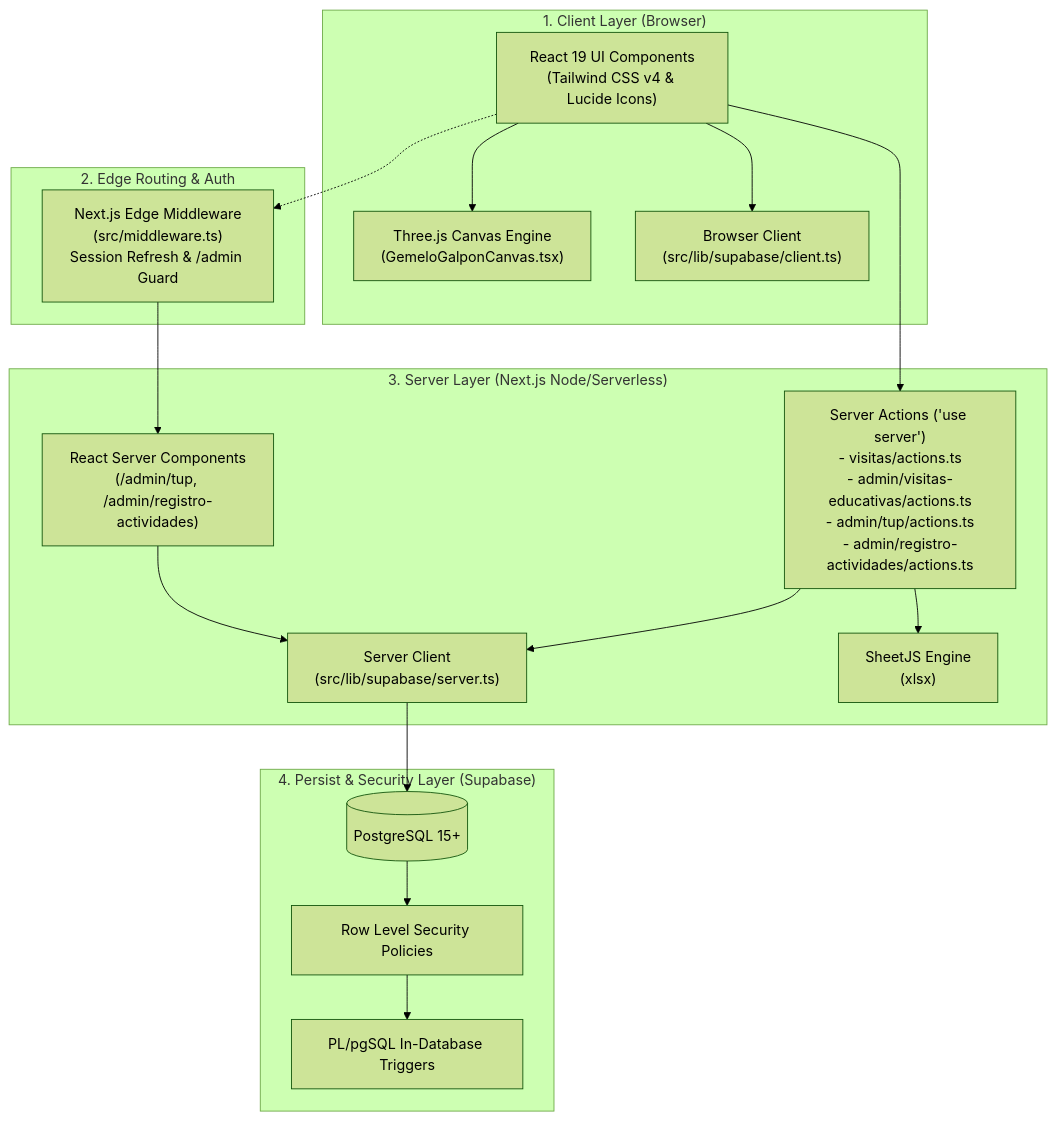
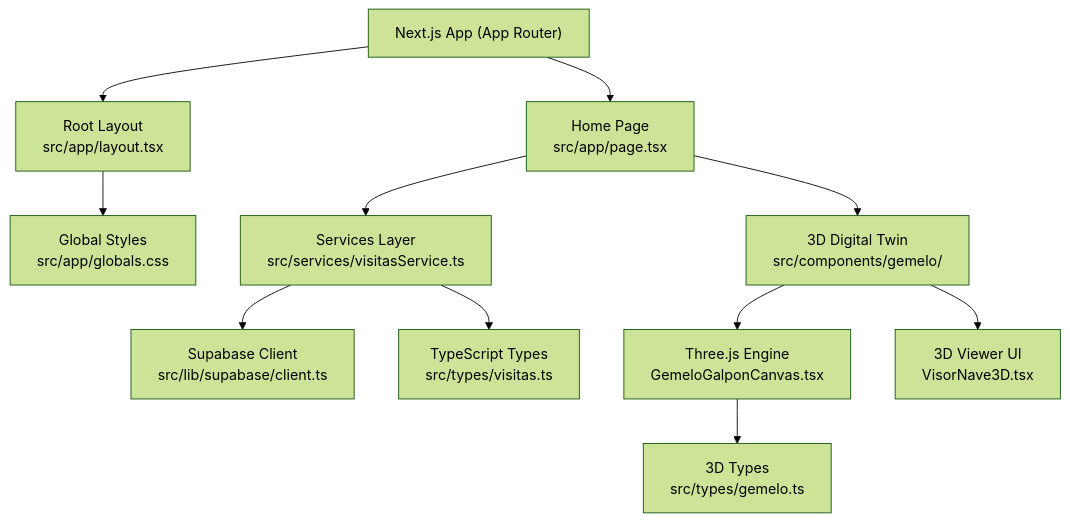
Before and after one commit to AgusCatra/simu-twin-web: the first of 8 diagrams in .qoder/repowiki/en/content/Architecture & Technology Stack.md, drawn with Mermaid (forest theme). The commit also changed other lines of this file and 27 other files, not shown here.

````diff
--- a/.qoder/repowiki/en/content/Architecture & Technology Stack.md
+++ b/.qoder/repowiki/en/content/Architecture & Technology Stack.md
@@ -45,37 +61,13 @@
 ```mermaid
 graph TB
-    subgraph ClientLayer["1. Client Layer (Browser)"]
-        UI["React 19 UI Components<br/>(Tailwind CSS v4 & Lucide Icons)"]
-        Canvas3D["Three.js Canvas Engine<br/>(GemeloGalponCanvas.tsx)"]
-        BrowserSupabase["Browser Client<br/>(src/lib/supabase/client.ts)"]
-    end
-
-    subgraph EdgeLayer["2. Edge Routing & Auth"]
-        EdgeMiddleware["Next.js Edge Middleware<br/>(src/middleware.ts)<br/>Session Refresh & /admin Guard"]
-    end
-
-    subgraph ServerLayer["3. Server Layer (Next.js Node/Serverless)"]
-        RSC["React Server Components<br/>(/admin/tup, /admin/registro-actividades)"]
-        ServerActions["Server Actions ('use server')<br/>- visitas/actions.ts<br/>- admin/visitas-educativas/actions.ts<br/>- admin/tup/actions.ts<br/>- admin/registro-actividades/actions.ts"]
-        ServerSupabase["Server Client<br/>(src/lib/supabase/server.ts)"]
-        ExcelGen["SheetJS Engine<br/>(xlsx)"]
-    end
-
-    subgraph StorageLayer["4. Persist & Security Layer (Supabase)"]
-        Postgres[(PostgreSQL 15+)]
-        RLS["Row Level Security Policies"]
-        Triggers["PL/pgSQL In-Database Triggers"]
-    end
-
-    UI --> Canvas3D
-    UI --> BrowserSupabase
-    UI -.-> EdgeMiddleware
-    EdgeMiddleware --> RSC
-    RSC --> ServerSupabase
-    UI --> ServerActions
-    ServerActions --> ServerSupabase
-    ServerActions --> ExcelGen
-    ServerSupabase --> Postgres
-    Postgres --> RLS
-    RLS --> Triggers
+A["Next.js App (App Router)"] --> B["Root Layout<br/>src/app/layout.tsx"]
+A --> C["Home Page<br/>src/app/page.tsx"]
+C --> D["Services Layer<br/>src/services/visitasService.ts"]
+D --> E["Supabase Client<br/>src/lib/supabase/client.ts"]
+D --> F["TypeScript Types<br/>src/types/visitas.ts"]
+B --> G["Global Styles<br/>src/app/globals.css"]
+C --> H["3D Digital Twin<br/>src/components/gemelo/"]
+H --> I["Three.js Engine<br/>GemeloGalponCanvas.tsx"]
+H --> J["3D Viewer UI<br/>VisorNave3D.tsx"]
+I --> K["3D Types<br/>src/types/gemelo.ts"]
 ```
````
